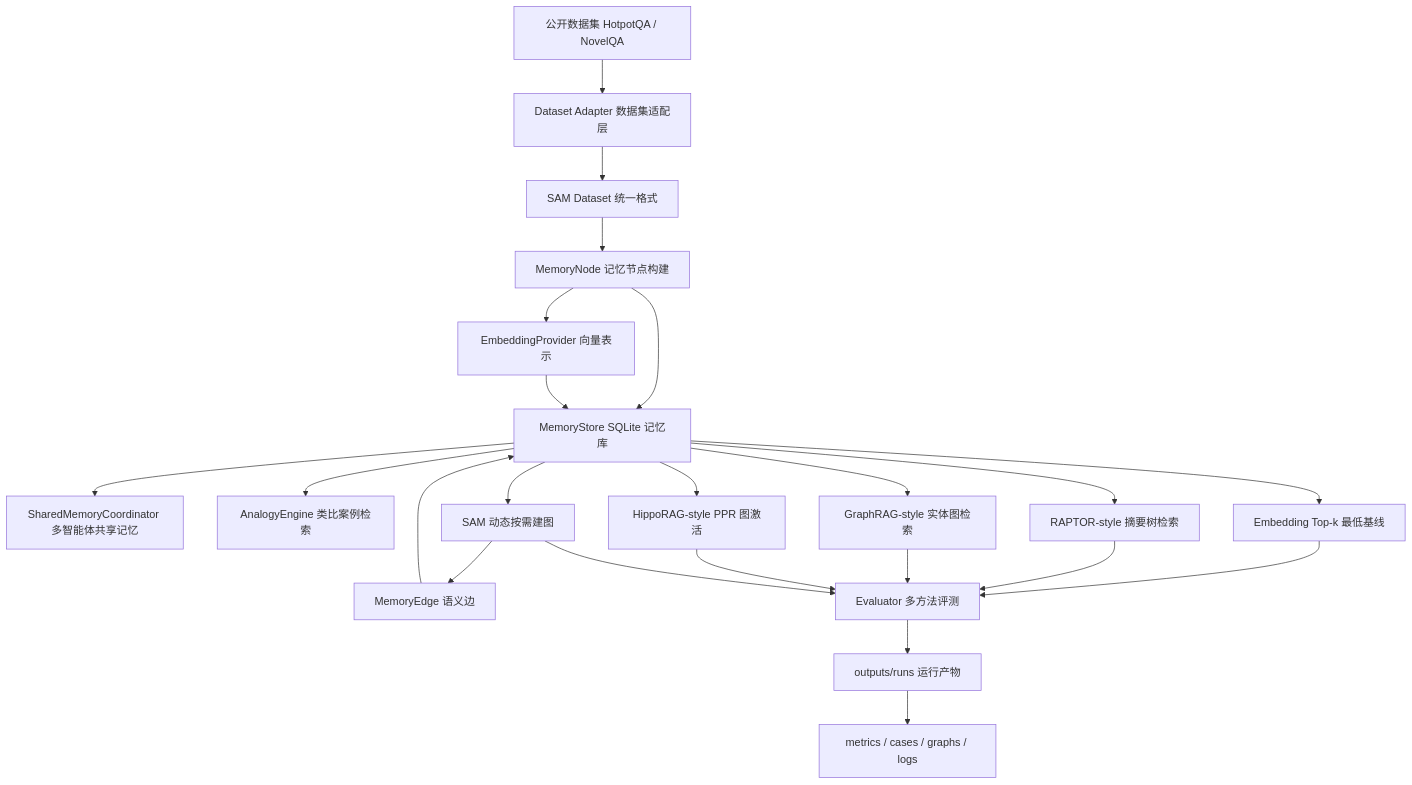
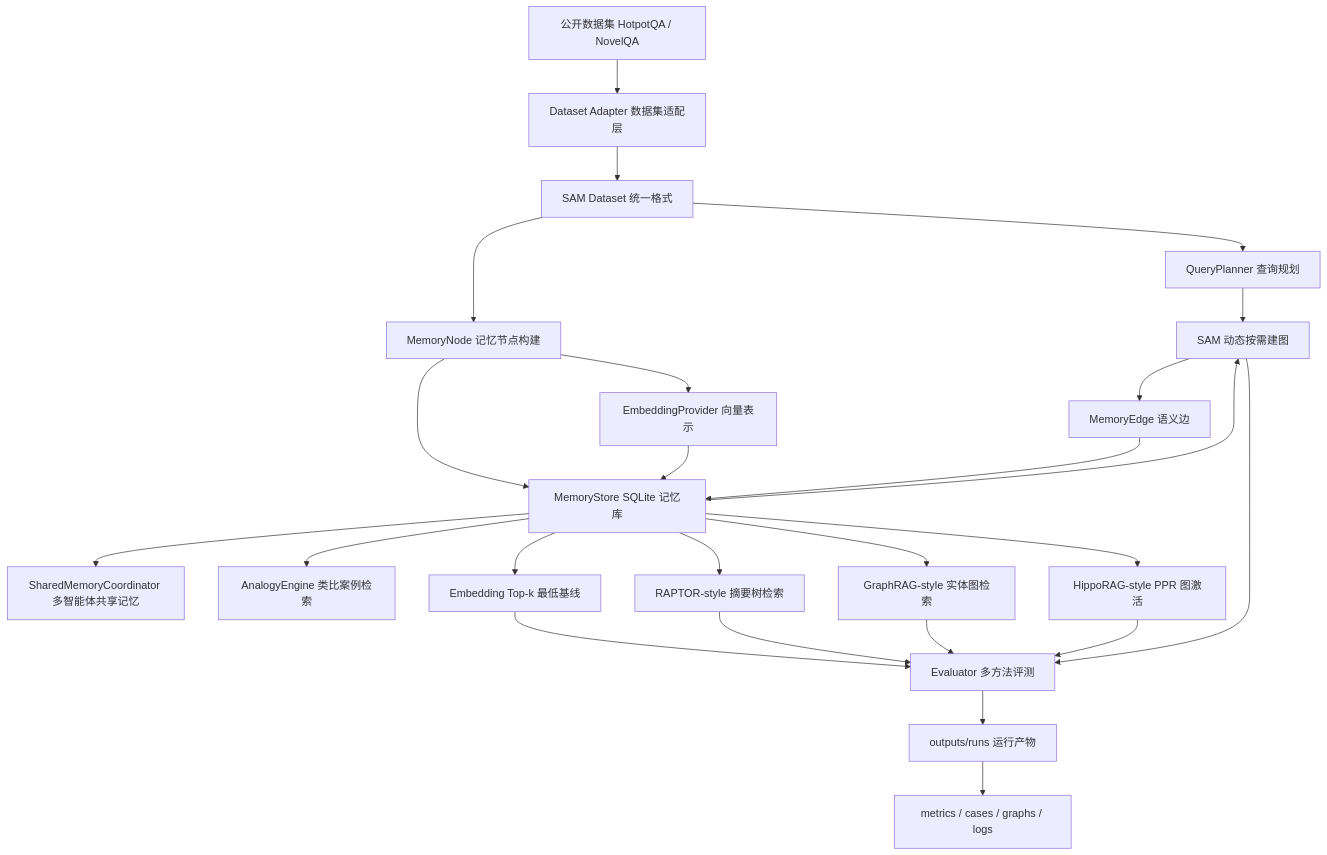
One commit to zhenyu228/semantic-associative-memory changed the diagram in README.md. Above: the diagram before and after it, drawn with Mermaid. The commit also changed other lines of this file and 6 other files, not shown here.

Commit message:
feat: add query planner module

````diff
--- a/README.md
+++ b/README.md
@@ -43,25 +44,27 @@
 ```mermaid
 flowchart TD
     A["公开数据集 HotpotQA / NovelQA"] --> B["Dataset Adapter 数据集适配层"]
     B --> C["SAM Dataset 统一格式"]
+    C --> X["QueryPlanner 查询规划"]
     C --> D["MemoryNode 记忆节点构建"]
     D --> E["EmbeddingProvider 向量表示"]
     D --> F["MemoryStore SQLite 记忆库"]
     E --> F
     F --> P["SharedMemoryCoordinator 多智能体共享记忆"]
     F --> Q["AnalogyEngine 类比案例检索"]
     F --> G["Embedding Top-k 最低基线"]
     F --> H["RAPTOR-style 摘要树检索"]
     F --> I["GraphRAG-style 实体图检索"]
     F --> J["HippoRAG-style PPR 图激活"]
-    F --> K["SAM 动态按需建图"]
+    X --> K["SAM 动态按需建图"]
+    F --> K
     K --> L["MemoryEdge 语义边"]
     L --> F
     G --> M["Evaluator 多方法评测"]
     H --> M
     I --> M
     J --> M
     K --> M
     M --> N["outputs/runs 运行产物"]
     N --> O["metrics / cases / graphs / logs"]
 ```
````
